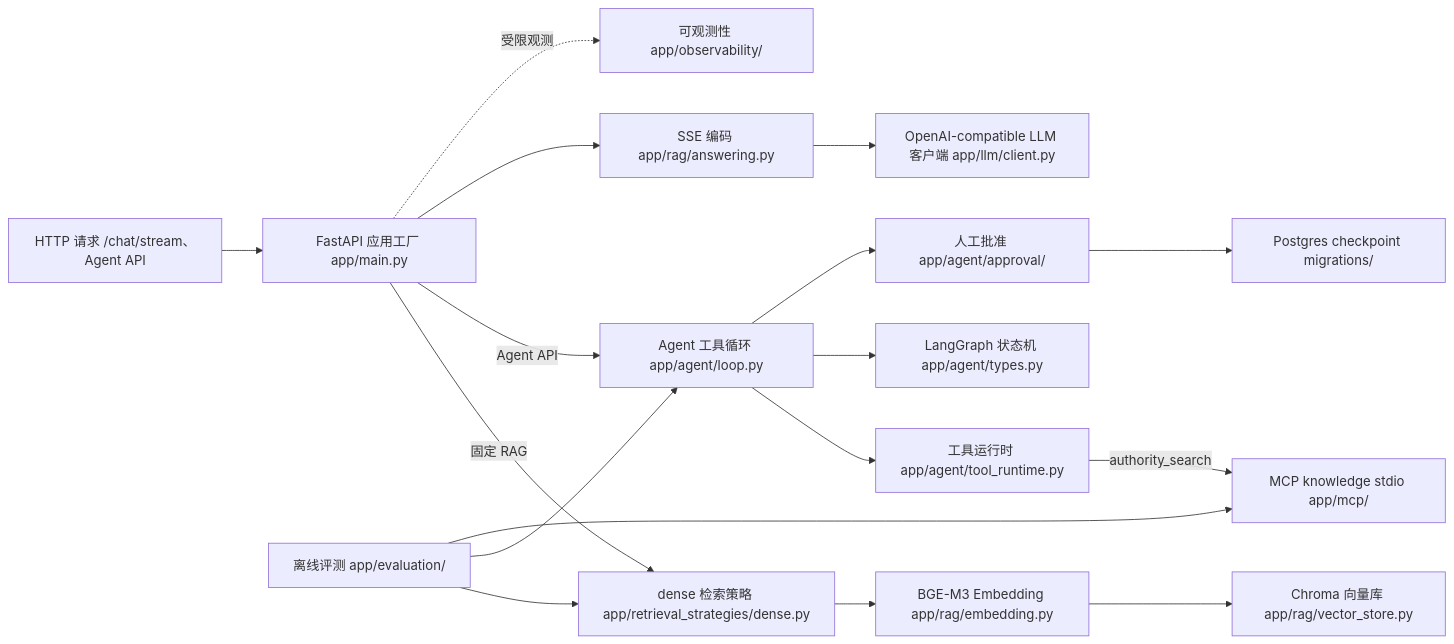
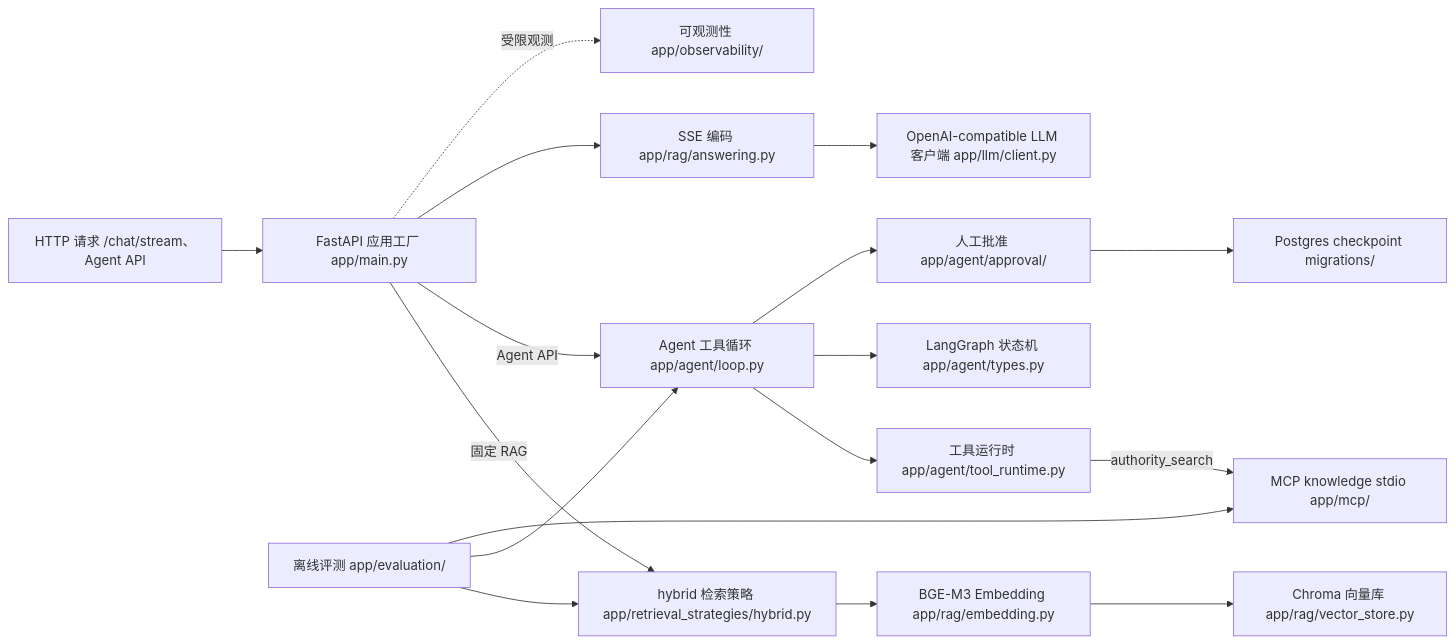
Before and after one commit to Knoxin927/med-agent: the diagram in README.md, drawn with Mermaid. The commit also changed other lines of this file and 29 other files, not shown here.

````diff
--- a/README.md
+++ b/README.md
@@ -16,32 +16,32 @@
 ```mermaid
 flowchart LR
 req["HTTP 请求 /chat/stream、Agent API"]
 api["FastAPI 应用工厂 app/main.py"]
 sse["SSE 编码 app/rag/answering.py"]
-dense["dense 检索策略 app/retrieval_strategies/dense.py"]
+hybrid["hybrid 检索策略 app/retrieval_strategies/hybrid.py"]
 embed["BGE-M3 Embedding app/rag/embedding.py"]
 chroma["Chroma 向量库 app/rag/vector_store.py"]
 llm["OpenAI-compatible LLM 客户端 app/llm/client.py"]
 agent["Agent 工具循环 app/agent/loop.py"]
 tools["工具运行时 app/agent/tool_runtime.py"]
 state_graph["LangGraph 状态机 app/agent/types.py"]
 approval["人工批准 app/agent/approval/"]
 mcp["MCP knowledge stdio app/mcp/"]
 eval["离线评测 app/evaluation/"]
 obsrv["可观测性 app/observability/"]
 pg["Postgres checkpoint migrations/"]
 
 req --> api
-api -->|固定 RAG| dense
+api -->|固定 RAG| hybrid
 api -->|Agent API| agent
-dense --> embed --> chroma
+hybrid --> embed --> chroma
 api --> sse --> llm
 agent --> tools
 agent --> state_graph
 agent --> approval --> pg
 tools -->|authority_search| mcp
 api -.受限观测.-> obsrv
-eval --> dense
+eval --> hybrid
 eval --> agent
 eval --> mcp
 ```
````
